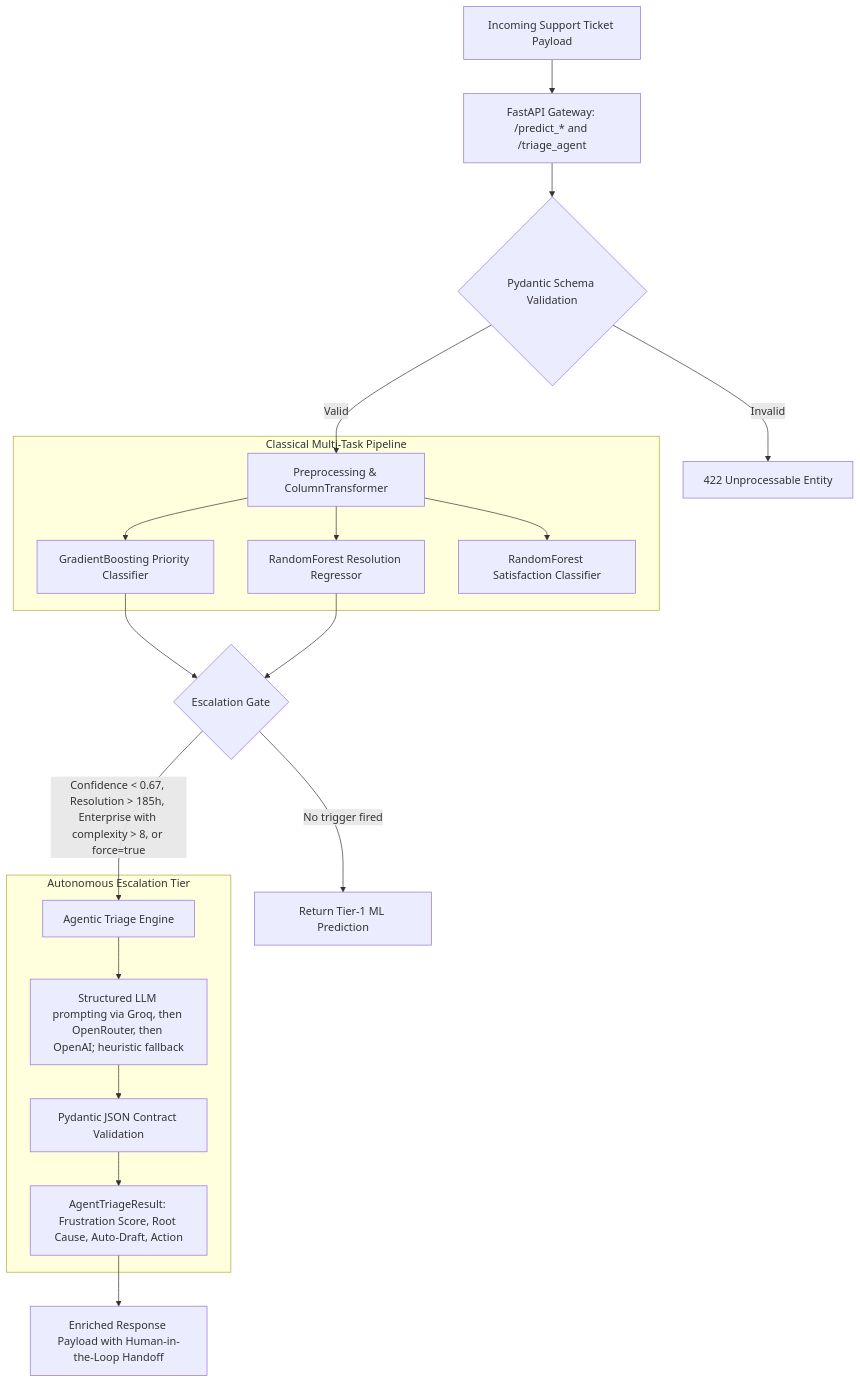
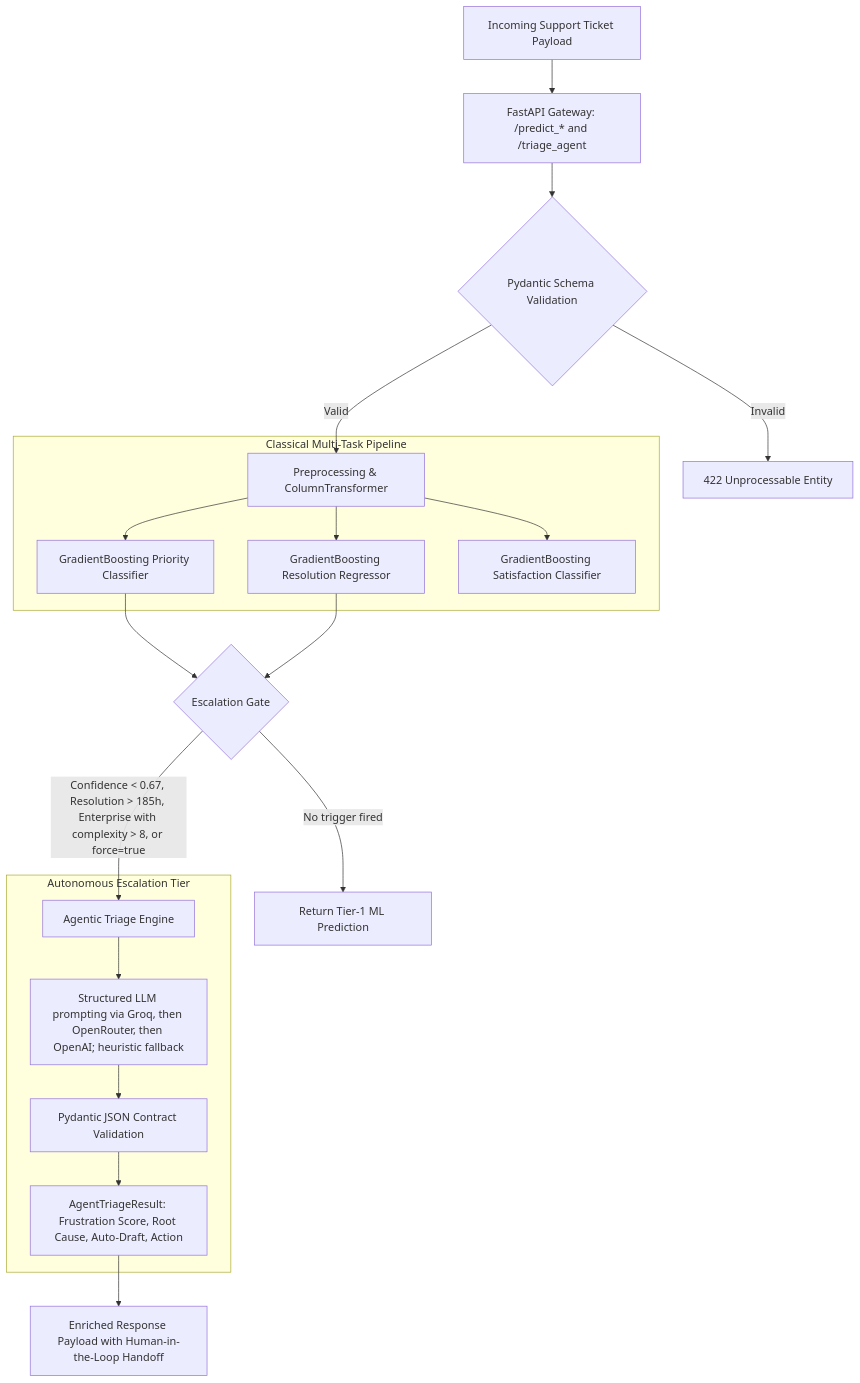
The diagram in docs/SPEC.md (jegadeesh17/customer-support-ticket-analytics), drawn with Mermaid before and after one commit. The commit also changed other lines of this file and 3 other files, not shown here.

````diff
--- a/docs/SPEC.md
+++ b/docs/SPEC.md
@@ -30,27 +30,27 @@
 ```mermaid
 flowchart TD
     A[Incoming Support Ticket Payload] --> B["FastAPI Gateway: /predict_* and /triage_agent"]
     B --> C{Pydantic Schema Validation}
     C -->|Invalid| D[422 Unprocessable Entity]
     C -->|Valid| E[Preprocessing & ColumnTransformer]
     
     subgraph Classical Multi-Task Pipeline
         E --> F1[GradientBoosting Priority Classifier]
-        E --> F2[RandomForest Resolution Regressor]
-        E --> F3[RandomForest Satisfaction Classifier]
+        E --> F2[GradientBoosting Resolution Regressor]
+        E --> F3[GradientBoosting Satisfaction Classifier]
     end
 
     F1 --> G{Escalation Gate}
     F2 --> G
     
     G -->|"No trigger fired"| H[Return Tier-1 ML Prediction]
     G -->|"Confidence < 0.67, Resolution > 185h, Enterprise with complexity > 8, or force=true"| I[Agentic Triage Engine]
     
     subgraph Autonomous Escalation Tier
         I --> J["Structured LLM prompting via Groq, then OpenRouter, then OpenAI; heuristic fallback"]
         J --> K[Pydantic JSON Contract Validation]
         K --> L[AgentTriageResult: Frustration Score, Root Cause, Auto-Draft, Action]
     end
     
     L --> M[Enriched Response Payload with Human-in-the-Loop Handoff]
 ```
````
